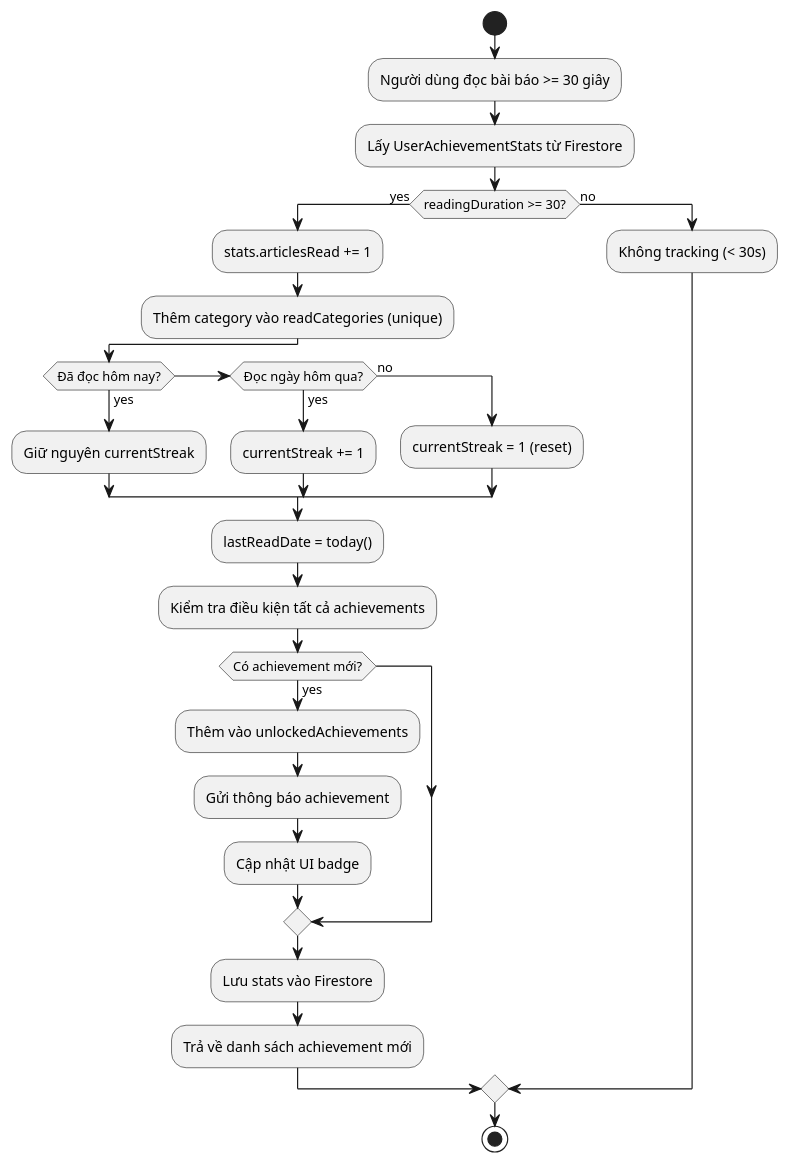
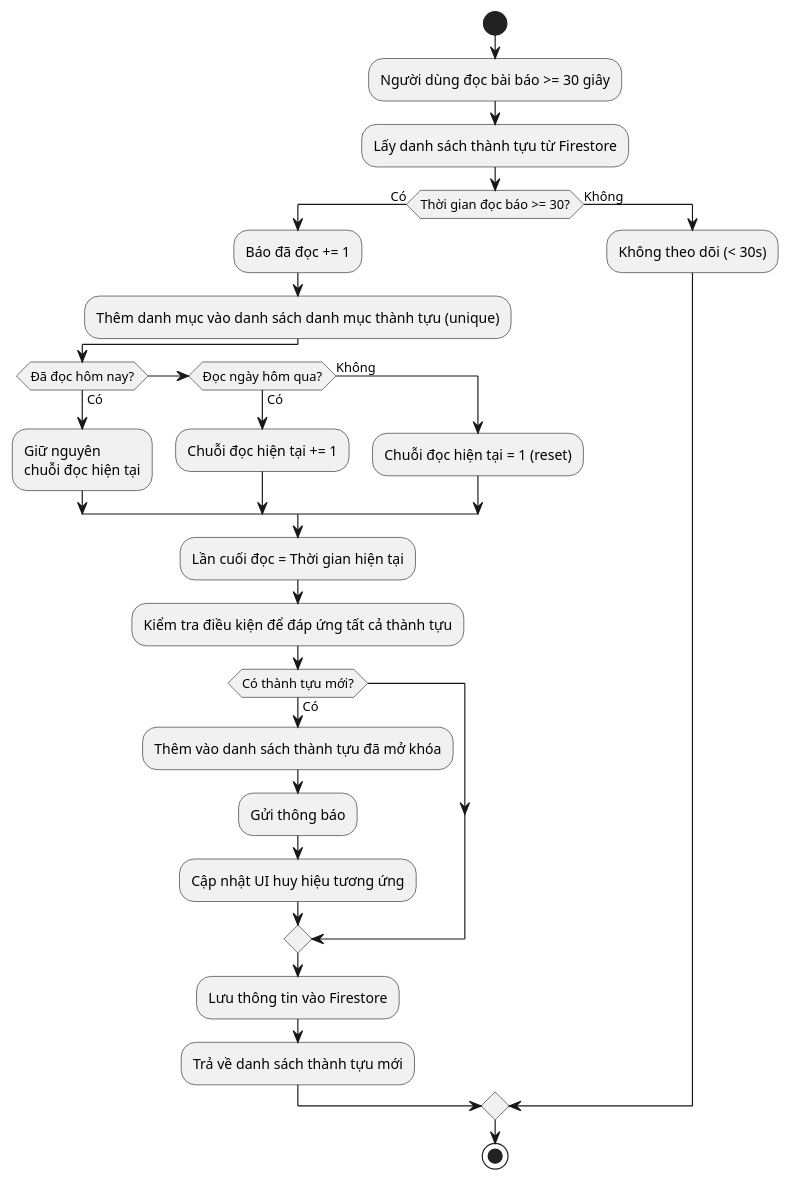
Before and after one commit to KhoaSinno/assignment_3_safe_news: the diagram in Algorithm_diagrams/AchievementTrackingAlgorithm.puml, drawn with PlantUML. The commit also changed 4 other files, not shown here.

````diff
--- a/Algorithm_diagrams/AchievementTrackingAlgorithm.puml
+++ b/Algorithm_diagrams/AchievementTrackingAlgorithm.puml
@@ -1,89 +1,89 @@
 @startuml AchievementTrackingAlgorithm
 
 start
 
 :Người dùng đọc bài báo >= 30 giây;
 ' note right
 ' **INPUT:** 
 ' - userId: string
 ' - articleId: string  
 ' - readingDuration: int (seconds)
 ' - category: string
 
 ' **PSEUDOCODE:**
 ' ```
 ' FUNCTION trackAchievement(userId, articleId, duration, category):
 '     IF duration < 30 THEN
 '         RETURN // Không đủ thời gian
 '     END IF
     
 '     stats = getUserStats(userId)
 '     stats.articlesRead += 1
 '     stats.readCategories.addUnique(category)
     
 '     // Cập nhật streak
 '     IF isToday(stats.lastReadDate) THEN
 '         // Đã đọc hôm nay rồi, không tăng streak
 '     ELSE IF isYesterday(stats.lastReadDate) THEN
 '         stats.currentStreak += 1
 '     ELSE
 '         stats.currentStreak = 1 // Reset streak
 '     END IF
     
 '     stats.lastReadDate = today()
     
 '     newAchievements = checkAllAchievements(stats)
 '     FOR EACH achievement IN newAchievements:
 '         stats.unlockedAchievements.add(achievement)
 '         sendAchievementNotification(userId, achievement)
 '     END FOR
     
 '     saveUserStats(stats)
 '     RETURN newAchievements
 ' END FUNCTION
 ' ```
 ' end note
 
-:Lấy UserAchievementStats từ Firestore;
+:Lấy danh sách thành tựu từ Firestore;
 
-if (readingDuration >= 30?) then (yes)
-    :stats.articlesRead += 1;
-    :Thêm category vào readCategories (unique);
+if (Thời gian đọc báo >= 30?) then (Có)
+    :Báo đã đọc += 1;
+    :Thêm danh mục vào danh sách danh mục thành tựu (unique);
     
-    if (Đã đọc hôm nay?) then (yes)
-        :Giữ nguyên currentStreak;
-    elseif (Đọc ngày hôm qua?) then (yes)
-        :currentStreak += 1;
-    else (no)
-        :currentStreak = 1 (reset);
+    if (Đã đọc hôm nay?) then (Có)
+        :Giữ nguyên\nchuỗi đọc hiện tại;
+    elseif (Đọc ngày hôm qua?) then (Có)
+        :Chuỗi đọc hiện tại += 1;
+    else (Không)
+        :Chuỗi đọc hiện tại = 1 (reset);
     endif
     
-    :lastReadDate = today();
+    :Lần cuối đọc = Thời gian hiện tại;
     
-    :Kiểm tra điều kiện tất cả achievements;
+    :Kiểm tra điều kiện để đáp ứng tất cả thành tựu;
     ' note right
     ' **Achievement Conditions:**
     ' - NEWBIE: Mặc định khi đăng ký
     ' - FIRST_READ: articlesRead >= 1
     ' - DAILY_READER: articlesRead >= 5 trong ngày
     ' - EXPLORER: readCategories.length >= 3
     ' - WEEK_STREAK: currentStreak >= 7
     ' - BOOKWORM: articlesRead >= 50
     ' end note
     
-    if (Có achievement mới?) then (yes)
-        :Thêm vào unlockedAchievements;
-        :Gửi thông báo achievement;
-        :Cập nhật UI badge;
+    if (Có thành tựu mới?) then (Có)
+        :Thêm vào danh sách thành tựu đã mở khóa;
+        :Gửi thông báo;
+        :Cập nhật UI huy hiệu tương ứng;
     endif
     
-    :Lưu stats vào Firestore;
-    :Trả về danh sách achievement mới;
+    :Lưu thông tin vào Firestore;
+    :Trả về danh sách thành tựu mới;
     
-else (no)
-    :Không tracking (< 30s);
+else (Không)
+    :Không theo dõi (< 30s);
 endif
 
 stop
 
 @enduml
````
